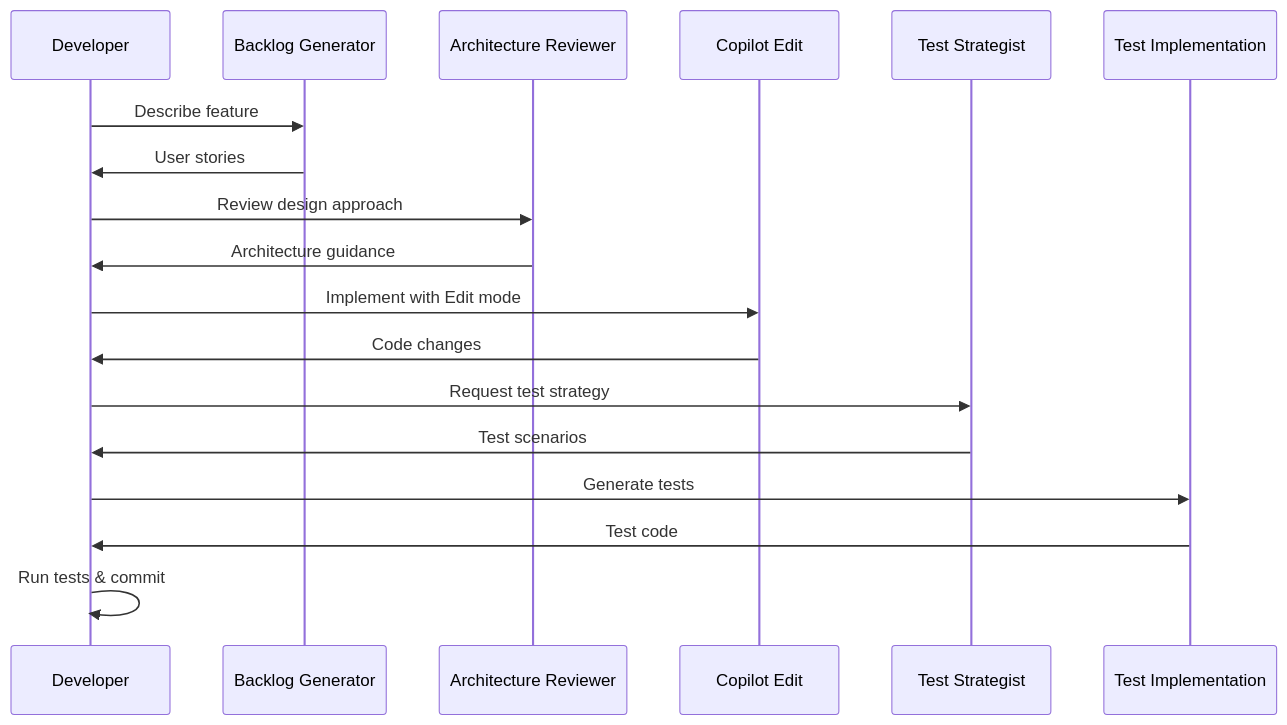
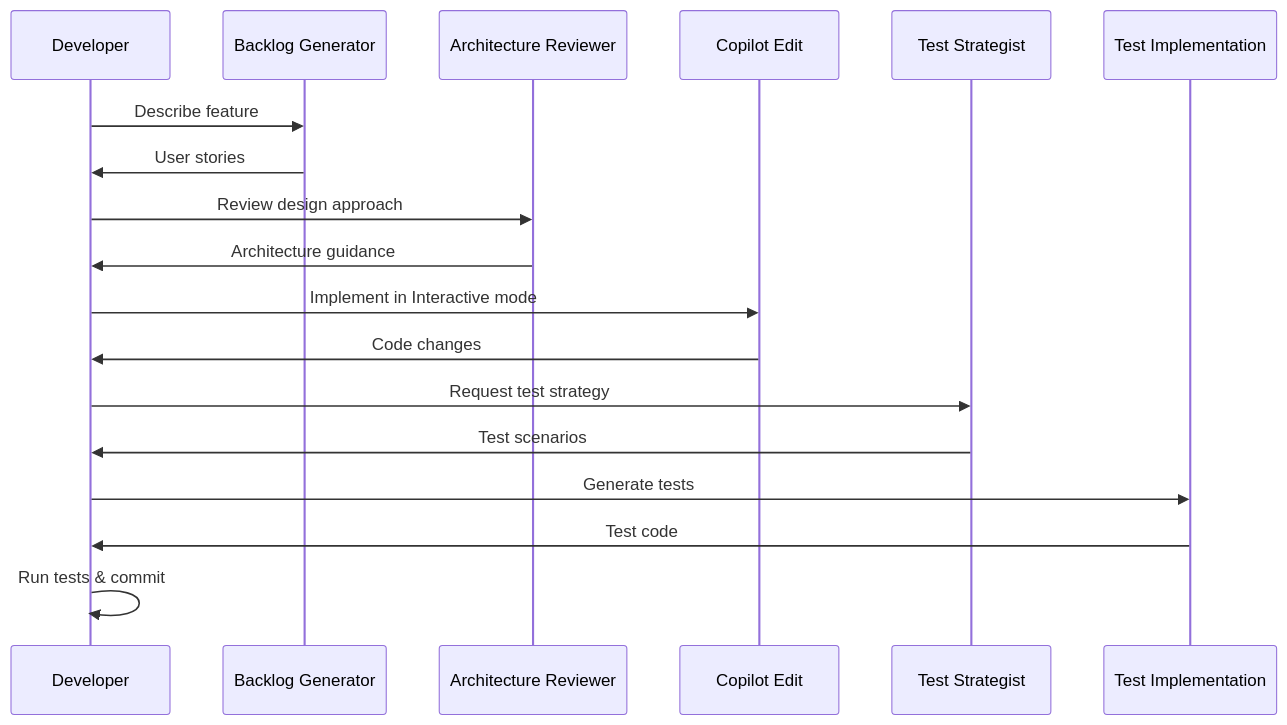
One commit to centricconsulting/ai-coding-workshop changed the fourth of 14 diagrams in docs/design/diagrams/agent-workflow-patterns.md. Above: the diagram before and after it, drawn with Mermaid. The commit also changed other lines of this file and 21 other files, not shown here.

````diff
--- a/docs/design/diagrams/agent-workflow-patterns.md
+++ b/docs/design/diagrams/agent-workflow-patterns.md
@@ -100,26 +100,26 @@
 ```mermaid
 sequenceDiagram
     participant Dev as Developer
     participant BG as Backlog Generator
     participant AR as Architecture Reviewer
     participant Code as Copilot Edit
     participant TS as Test Strategist
     participant Test as Test Implementation
     
     Dev->>BG: Describe feature
     BG->>Dev: User stories
     
     Dev->>AR: Review design approach
     AR->>Dev: Architecture guidance
     
-    Dev->>Code: Implement with Edit mode
+    Dev->>Code: Implement in Interactive mode
     Code->>Dev: Code changes
     
     Dev->>TS: Request test strategy
     TS->>Dev: Test scenarios
     
     Dev->>Test: Generate tests
     Test->>Dev: Test code
     
     Dev->>Dev: Run tests & commit
 ```
````
